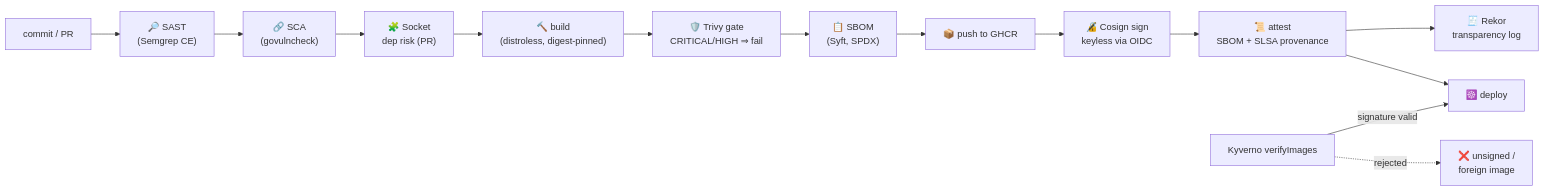
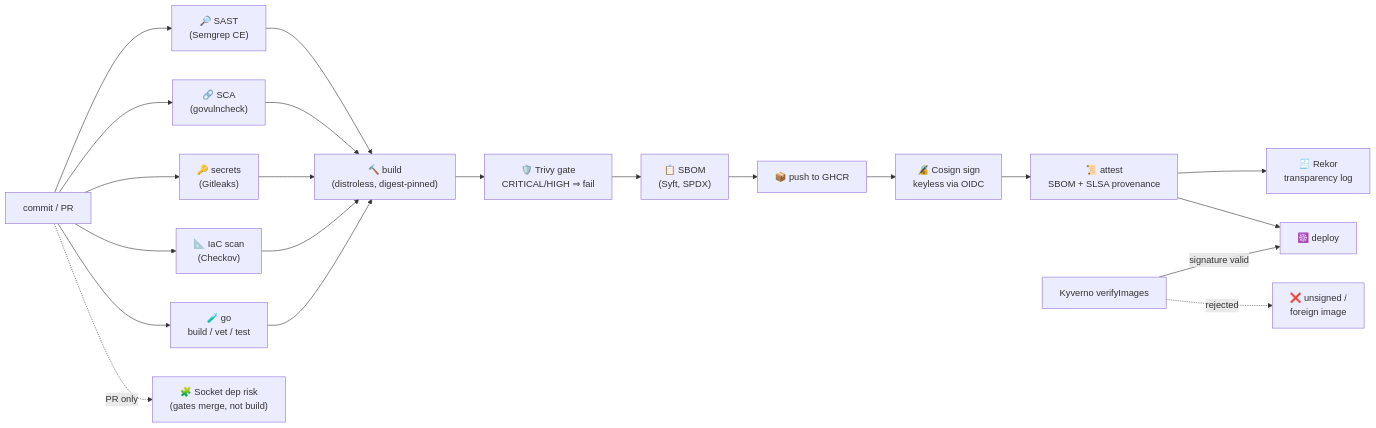
One commit to alice101-dev/supply-chain-secure-build changed the diagram in README.md. Above: the diagram before and after it, drawn with Mermaid. The commit also changed other lines of this file, not shown here.

Commit message:
Update README diagram to match the enforced gate ordering
The mermaid diagram still showed a linear SAST -> SCA -> Socket -> build
chain, which now misrepresents ci.yml two ways: Socket is deliberately
NOT a build gate (PR-only, not in needs:), and three gates that ARE in
needs: (Gitleaks, Checkov, go build/vet/test) were missing from the
pre-build path.

Redraw as a fan-in: the five source-level gates run in parallel and all
must pass before the build node. Socket is shown with a dotted PR-only
edge and labeled as gating the merge, not the build.

````diff
--- a/README.md
+++ b/README.md
@@ -30,16 +30,20 @@
 ```mermaid
 graph LR
-    C["commit / PR"] --> G["🔎 SAST<br>(Semgrep CE)"]
-    G --> GV["🔗 SCA<br>(govulncheck)"]
-    GV --> SK["🧩 Socket<br>dep risk (PR)"]
-    SK --> B["🔨 build<br>(distroless, digest-pinned)"]
+    C["commit / PR"]
+    C --> G["🔎 SAST<br>(Semgrep CE)"]
+    C --> GV["🔗 SCA<br>(govulncheck)"]
+    C --> GL["🔑 secrets<br>(Gitleaks)"]
+    C --> CK["📐 IaC scan<br>(Checkov)"]
+    C --> GO["🧪 go<br>build / vet / test"]
+    G & GV & GL & CK & GO --> B["🔨 build<br>(distroless, digest-pinned)"]
+    C -.PR only.-> SK["🧩 Socket dep risk<br>(gates merge, not build)"]
     B --> T["🛡️ Trivy gate<br>CRITICAL/HIGH ⇒ fail"]
     T --> S["📋 SBOM<br>(Syft, SPDX)"]
     S --> P["📦 push to GHCR"]
     P --> K["🔏 Cosign sign<br>keyless via OIDC"]
     K --> A["📜 attest<br>SBOM + SLSA provenance"]
     A --> R["🧾 Rekor<br>transparency log"]
     A --> D["☸️ deploy"]
     V["Kyverno verifyImages"] -->|signature valid| D
     V -.rejected.-> U["❌ unsigned /<br>foreign image"]
 ```
````
